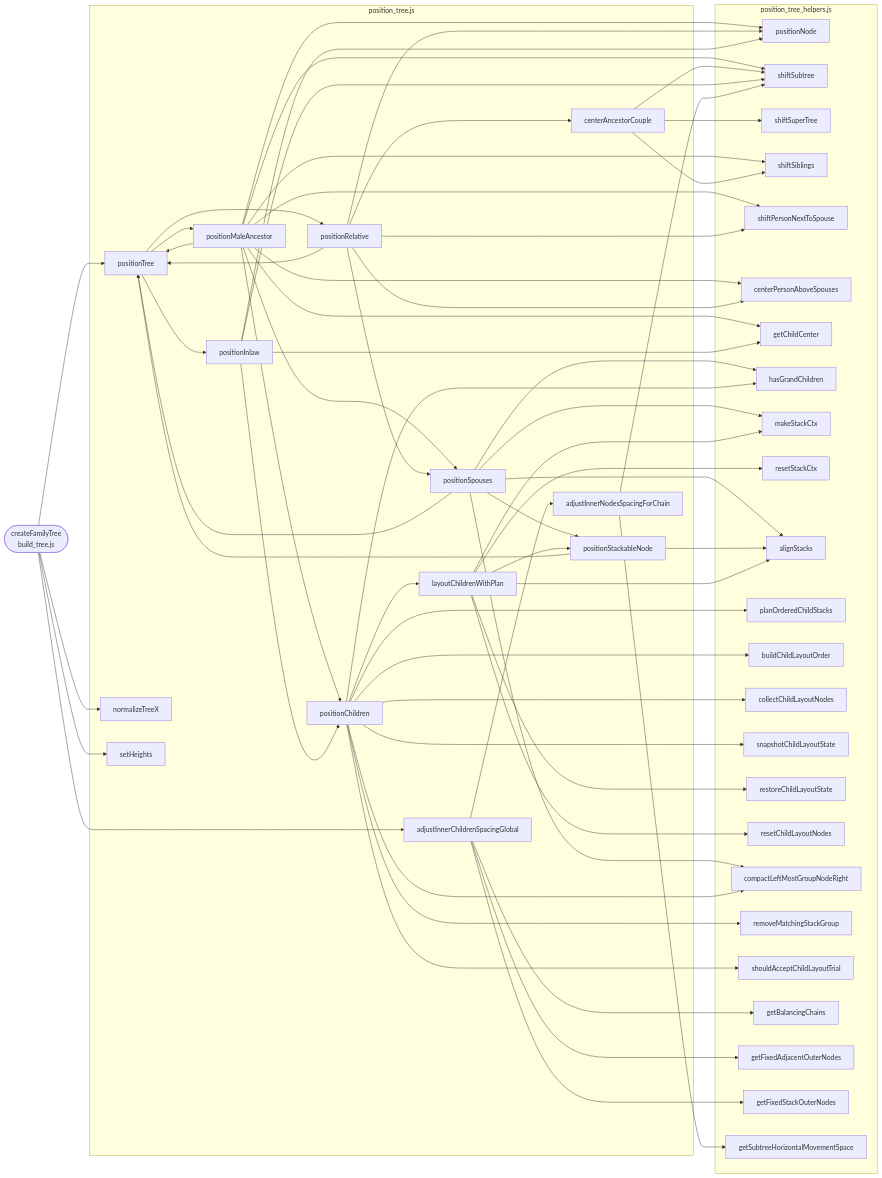
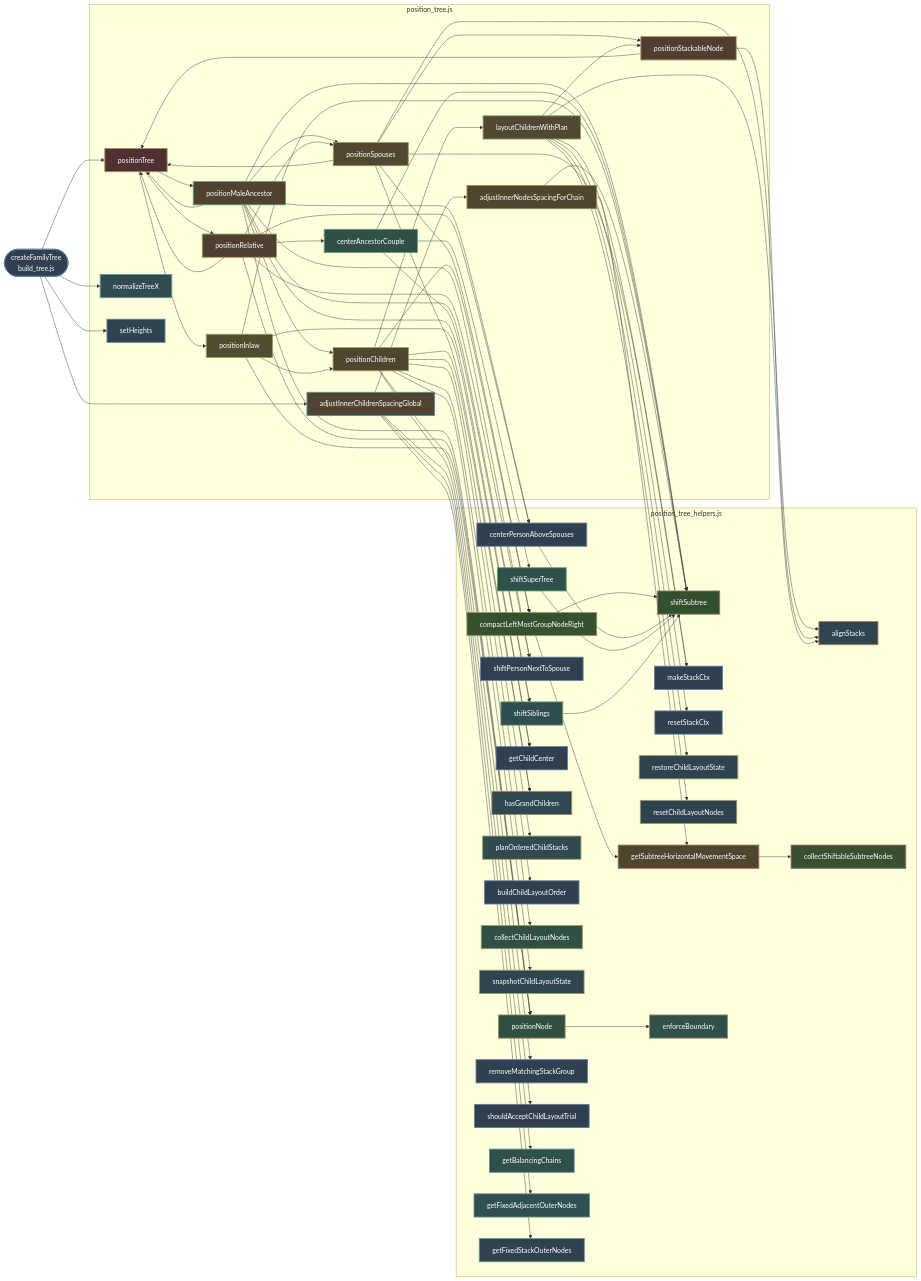
Before and after one commit to erikshelley/complete-family-tree-viewer: the second of 5 diagrams in mermaid.md, drawn with Mermaid. The commit also changed other lines of this file and 13 other files, not shown here.

````diff
--- a/mermaid.md
+++ b/mermaid.md
@@ -83,6 +97,8 @@
         getFixedAdjacentOuterNodes
         getFixedStackOuterNodes
         getSubtreeHorizontalMovementSpace
+        collectShiftableSubtreeNodes
+        enforceBoundary
     end
 
     createFamilyTree(["createFamilyTree
@@ -155,4 +171,53 @@
 
     adjustInnerNodesSpacingForChain --> getSubtreeHorizontalMovementSpace
     adjustInnerNodesSpacingForChain --> shiftSubtree
+
+    getSubtreeHorizontalMovementSpace --> collectShiftableSubtreeNodes
+    positionNode --> enforceBoundary
+    compactLeftMostGroupNodeRight --> getSubtreeHorizontalMovementSpace
+    compactLeftMostGroupNodeRight --> shiftSubtree
+    centerPersonAboveSpouses --> shiftSubtree
+    shiftSuperTree --> shiftSubtree
+    shiftSiblings --> shiftSubtree
+
+    style createFamilyTree fill:#304050,stroke:#60809f,stroke-width:2px,color:#fff
+    style positionTree fill:#503030,stroke:#9f8b60,stroke-width:2px,color:#fff
+    style positionMaleAncestor fill:#504130,stroke:#609f73,stroke-width:2px,color:#fff
+    style positionRelative fill:#503f30,stroke:#9f9460,stroke-width:2px,color:#fff
+    style centerAncestorCouple fill:#305046,stroke:#609f74,stroke-width:2px,color:#fff
+    style positionInlaw fill:#504d30,stroke:#979f60,stroke-width:2px,color:#fff
+    style positionSpouses fill:#504930,stroke:#9f9460,stroke-width:2px,color:#fff
+    style positionChildren fill:#504630,stroke:#989f60,stroke-width:2px,color:#fff
+    style positionStackableNode fill:#503e30,stroke:#9f8c60,stroke-width:2px,color:#fff
+    style layoutChildrenWithPlan fill:#504830,stroke:#989f60,stroke-width:2px,color:#fff
+    style adjustInnerChildrenSpacingGlobal fill:#504530,stroke:#608e9f,stroke-width:2px,color:#fff
+    style adjustInnerNodesSpacingForChain fill:#504630,stroke:#9f8760,stroke-width:2px,color:#fff
+    style normalizeTreeX fill:#304c50,stroke:#60989f,stroke-width:2px,color:#fff
+    style setHeights fill:#304350,stroke:#608e9f,stroke-width:2px,color:#fff
+    style positionNode fill:#305041,stroke:#9f8c60,stroke-width:2px,color:#fff
+    style shiftSubtree fill:#325030,stroke:#9f7960,stroke-width:2px,color:#fff
+    style shiftSuperTree fill:#30504c,stroke:#609f67,stroke-width:2px,color:#fff
+    style shiftSiblings fill:#304e50,stroke:#609f73,stroke-width:2px,color:#fff
+    style shiftPersonNextToSpouse fill:#304050,stroke:#60809f,stroke-width:2px,color:#fff
+    style centerPersonAboveSpouses fill:#304050,stroke:#60809f,stroke-width:2px,color:#fff
+    style getChildCenter fill:#304050,stroke:#60809f,stroke-width:2px,color:#fff
+    style hasGrandChildren fill:#304950,stroke:#9f8b60,stroke-width:2px,color:#fff
+    style makeStackCtx fill:#304050,stroke:#60809f,stroke-width:2px,color:#fff
+    style resetStackCtx fill:#304050,stroke:#60809f,stroke-width:2px,color:#fff
+    style alignStacks fill:#304550,stroke:#9f8160,stroke-width:2px,color:#fff
+    style planOrderedChildStacks fill:#304a50,stroke:#989f60,stroke-width:2px,color:#fff
+    style buildChildLayoutOrder fill:#304050,stroke:#60809f,stroke-width:2px,color:#fff
+    style collectChildLayoutNodes fill:#305045,stroke:#989f60,stroke-width:2px,color:#fff
+    style snapshotChildLayoutState fill:#304550,stroke:#989f60,stroke-width:2px,color:#fff
+    style restoreChildLayoutState fill:#304350,stroke:#989f60,stroke-width:2px,color:#fff
+    style resetChildLayoutNodes fill:#304350,stroke:#989f60,stroke-width:2px,color:#fff
+    style compactLeftMostGroupNodeRight fill:#375030,stroke:#9f9960,stroke-width:2px,color:#fff
+    style removeMatchingStackGroup fill:#304050,stroke:#60809f,stroke-width:2px,color:#fff
+    style shouldAcceptChildLayoutTrial fill:#304050,stroke:#60809f,stroke-width:2px,color:#fff
+    style getBalancingChains fill:#30504a,stroke:#608e9f,stroke-width:2px,color:#fff
+    style getFixedAdjacentOuterNodes fill:#304f50,stroke:#609f87,stroke-width:2px,color:#fff
+    style getFixedStackOuterNodes fill:#304150,stroke:#609f87,stroke-width:2px,color:#fff
+    style getSubtreeHorizontalMovementSpace fill:#504630,stroke:#9f6a60,stroke-width:2px,color:#fff
+    style collectShiftableSubtreeNodes fill:#385030,stroke:#9f6060,stroke-width:2px,color:#fff
+    style enforceBoundary fill:#30504b,stroke:#9f8c60,stroke-width:2px,color:#fff
 ```
````
